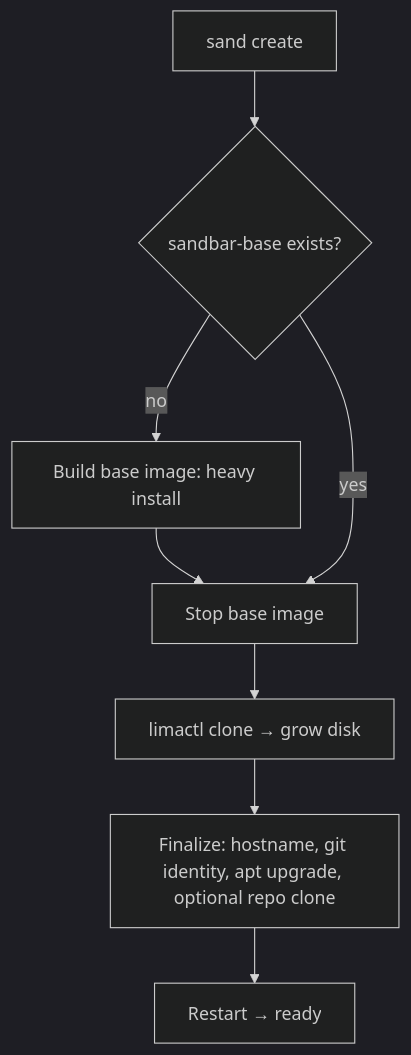
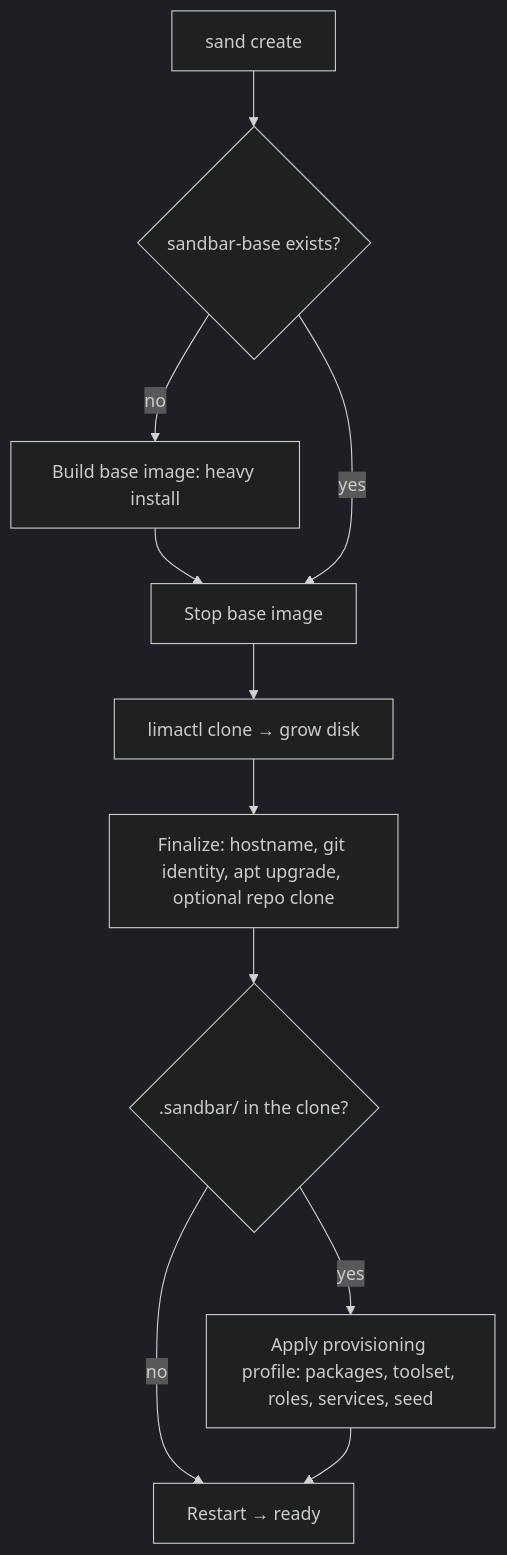
One commit to Lullabot/sandbar changed the diagram in docs/getting-started/how-it-works.md. Above: the diagram before and after it, drawn with Mermaid (dark theme). The commit also changed other lines of this file and 10 other files, not shown here.

````diff
--- a/docs/getting-started/how-it-works.md
+++ b/docs/getting-started/how-it-works.md
@@ -6,10 +6,13 @@
 ```mermaid
 graph TD
     A[sand create] --> B{sandbar-base exists?}
     B -- no --> C[Build base image: heavy install]
     C --> D[Stop base image]
     B -- yes --> D
     D --> E[limactl clone → grow disk]
     E --> F[Finalize: hostname, git identity, apt upgrade, optional repo clone]
-    F --> G[Restart → ready]
+    F --> H{.sandbar/ in the clone?}
+    H -- no --> G[Restart → ready]
+    H -- yes --> I[Apply provisioning profile: packages, toolset, roles, services, seed]
+    I --> G
 ```
````
